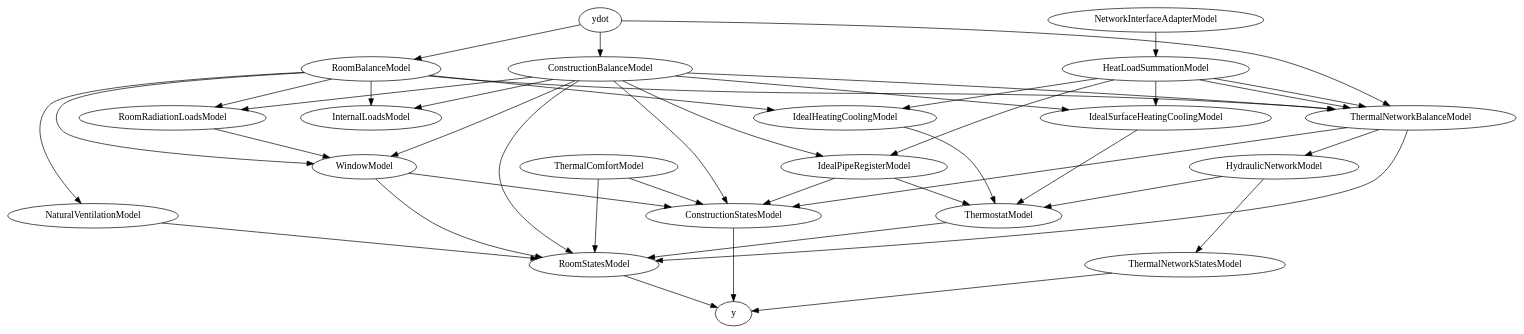
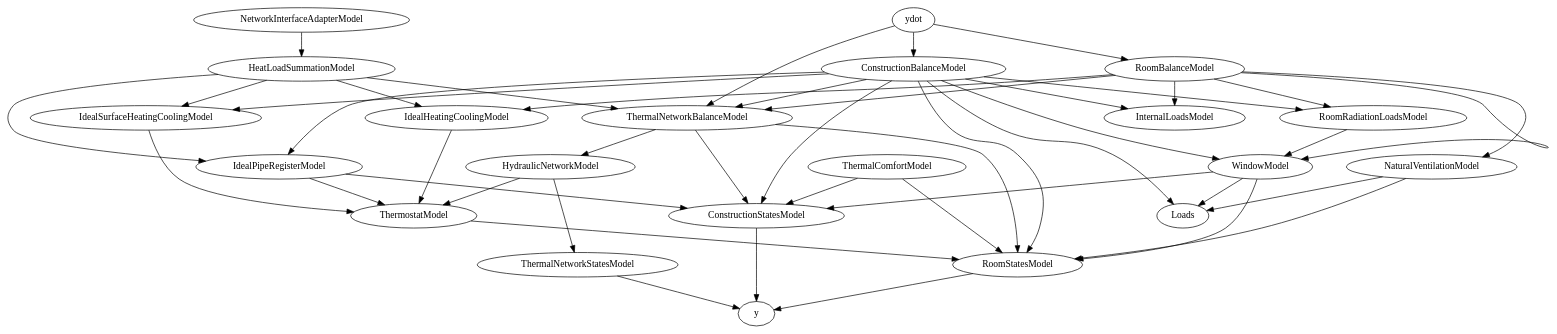
The diagram in doc/NANDRAD-Physical-Reference/StateModelGraph.dot (ghorwin/SIM-VICUS), drawn with Graphviz before and after one commit. The commit also changed 2 other files, not shown here.

Commit message:
Added documentation of update scheme for NANDRAD model.

```diff
--- a/doc/NANDRAD-Physical-Reference/StateModelGraph.dot
+++ b/doc/NANDRAD-Physical-Reference/StateModelGraph.dot
@@ -1,45 +1,47 @@
 digraph Beziehungen {
    nodesep=0.7
    RoomStatesModel -> y 
    ConstructionStatesModel -> y 
    ThermalNetworkStatesModel -> y 
+   ConstructionBalanceModel -> Loads
+   NaturalVentilationModel -> Loads
+   WindowModel -> Loads
    NaturalVentilationModel -> RoomStatesModel 
    ThermalComfortModel -> RoomStatesModel 
    ThermostatModel -> RoomStatesModel 
    WindowModel -> RoomStatesModel
    ConstructionBalanceModel -> RoomStatesModel 
    ThermalNetworkBalanceModel -> RoomStatesModel 
    ThermalComfortModel -> ConstructionStatesModel
    WindowModel -> ConstructionStatesModel 
    ConstructionBalanceModel -> ConstructionStatesModel 
    ThermalNetworkBalanceModel -> ConstructionStatesModel 
    IdealPipeRegisterModel -> ConstructionStatesModel 
    HydraulicNetworkModel -> ThermalNetworkStatesModel
    HydraulicNetworkModel -> ThermostatModel 
    IdealHeatingCoolingModel -> ThermostatModel 
    IdealPipeRegisterModel -> ThermostatModel 
    IdealSurfaceHeatingCoolingModel -> ThermostatModel 
    RoomRadiationLoadsModel -> WindowModel 
    ConstructionBalanceModel -> WindowModel 
    RoomBalanceModel -> WindowModel 
    RoomBalanceModel -> RoomRadiationLoadsModel 
    RoomBalanceModel -> NaturalVentilationModel 
    RoomBalanceModel -> InternalLoadsModel 
    RoomBalanceModel -> IdealHeatingCoolingModel 
    RoomBalanceModel -> ThermalNetworkBalanceModel 
    ConstructionBalanceModel -> RoomRadiationLoadsModel 
    ConstructionBalanceModel -> InternalLoadsModel 
    ConstructionBalanceModel -> IdealSurfaceHeatingCoolingModel 
    ConstructionBalanceModel -> IdealPipeRegisterModel 
    ConstructionBalanceModel -> ThermalNetworkBalanceModel 
    ThermalNetworkBalanceModel -> HydraulicNetworkModel
    HeatLoadSummationModel -> IdealHeatingCoolingModel
    HeatLoadSummationModel -> IdealPipeRegisterModel
    HeatLoadSummationModel -> IdealSurfaceHeatingCoolingModel
    HeatLoadSummationModel -> ThermalNetworkBalanceModel
-   HeatLoadSummationModel -> ThermalNetworkBalanceModel
    NetworkInterfaceAdapterModel -> HeatLoadSummationModel
    ydot -> RoomBalanceModel 
    ydot -> ConstructionBalanceModel 
    ydot -> ThermalNetworkBalanceModel 
 }
```
